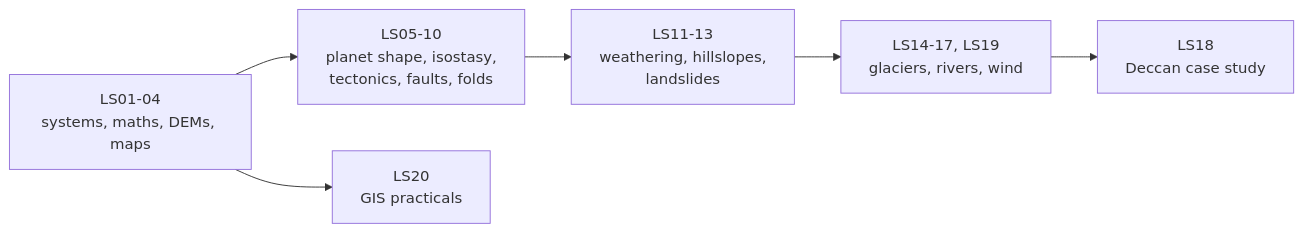
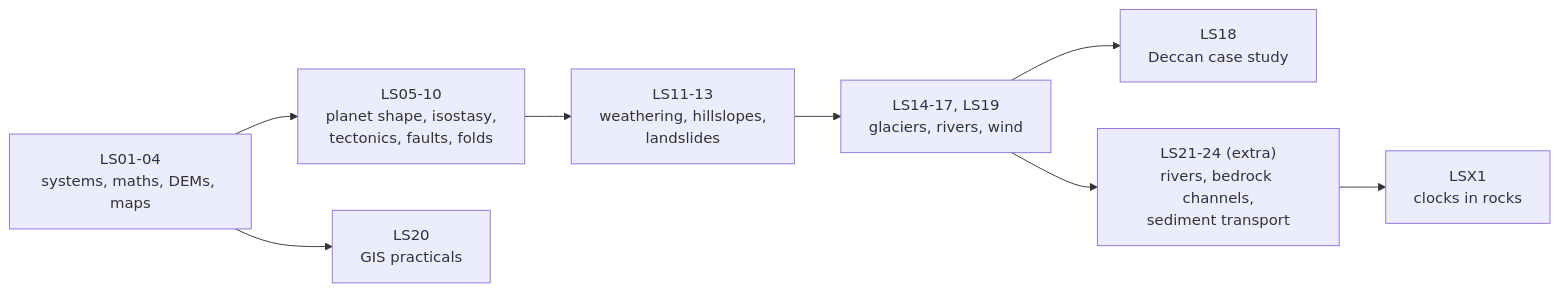
One commit to etswastik712/notes changed the diagram in 05-Landscapes-Geomorphology/Landscapes and Geomorphology - Course Map.md. Above: the diagram before and after it, drawn with Mermaid. The commit also changed other lines of this file and 68 other files, not shown here.

````diff
--- a/05-Landscapes-Geomorphology/Landscapes and Geomorphology - Course Map.md
+++ b/05-Landscapes-Geomorphology/Landscapes and Geomorphology - Course Map.md
@@ -54,8 +66,10 @@
 ```mermaid
 flowchart LR
   A["LS01-04<br/>systems, maths, DEMs, maps"] --> B["LS05-10<br/>planet shape, isostasy,<br/>tectonics, faults, folds"]
   B --> C["LS11-13<br/>weathering, hillslopes,<br/>landslides"]
   C --> D["LS14-17, LS19<br/>glaciers, rivers, wind"]
   D --> E["LS18<br/>Deccan case study"]
   A --> F["LS20<br/>GIS practicals"]
+  D --> G["LS21-24 (extra)<br/>rivers, bedrock channels,<br/>sediment transport"]
+  G --> H["LSX1<br/>clocks in rocks"]
 ```
````
